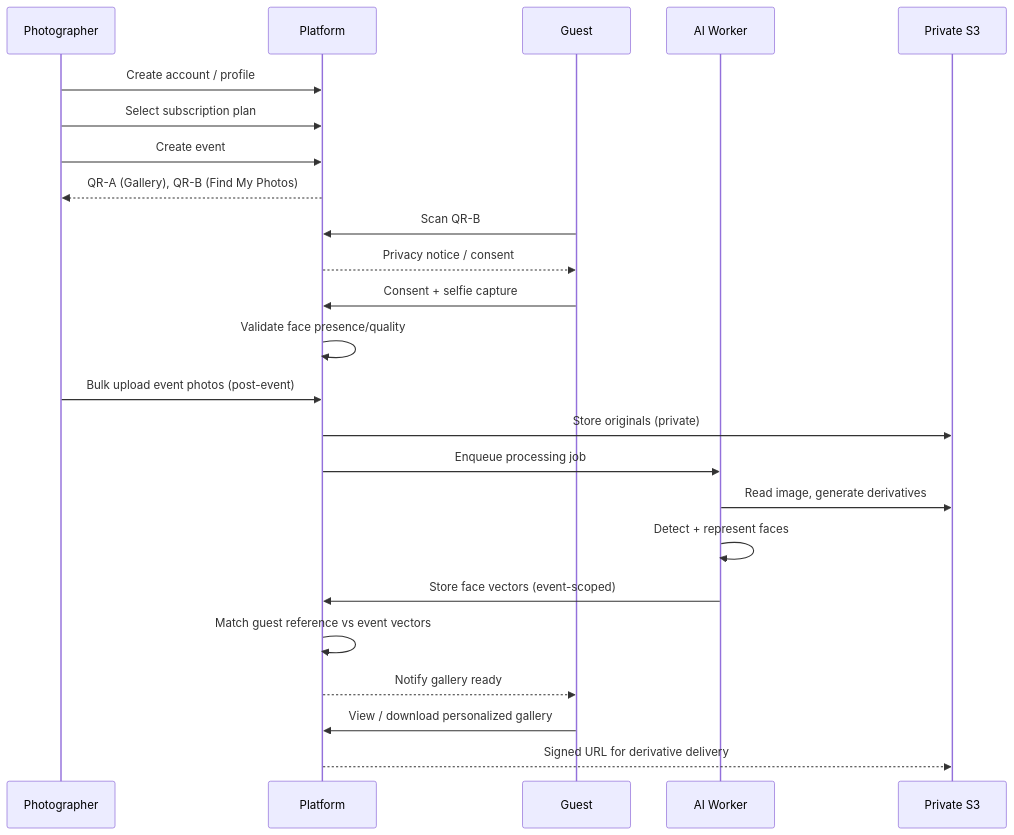
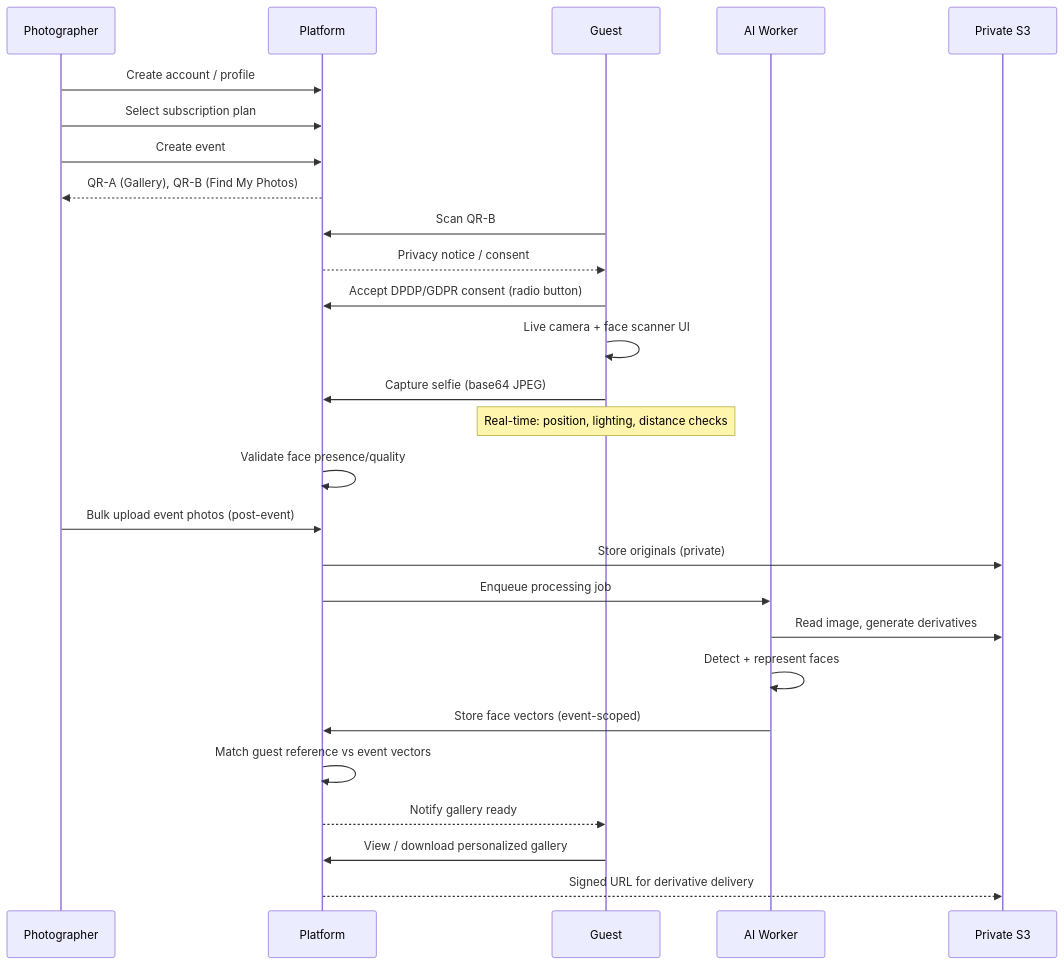
Before and after one commit to IPSayush/big-photofolio: the diagram in PRD.md, drawn with Mermaid. The commit also changed other lines of this file and 2 other files, not shown here.

First line of the commit message:
docs: update PRD, explanation, AGENTS with new QR-B guest flow

````diff
--- a/PRD.md
+++ b/PRD.md
@@ -198,27 +198,30 @@
 ```mermaid
 sequenceDiagram
     participant P as Photographer
     participant S as Platform
     participant G as Guest
     participant W as AI Worker
     participant S3 as Private S3
 
     P->>S: Create account / profile
     P->>S: Select subscription plan
     P->>S: Create event
     S-->>P: QR-A (Gallery), QR-B (Find My Photos)
     G->>S: Scan QR-B
     S-->>G: Privacy notice / consent
-    G->>S: Consent + selfie capture
+    G->>S: Accept DPDP/GDPR consent (radio button)
+    G->>G: Live camera + face scanner UI
+    G->>S: Capture selfie (base64 JPEG)
+    Note over G: Real-time: position, lighting, distance checks
     S->>S: Validate face presence/quality
     P->>S: Bulk upload event photos (post-event)
     S->>S3: Store originals (private)
     S->>W: Enqueue processing job
     W->>S3: Read image, generate derivatives
     W->>W: Detect + represent faces
     W->>S: Store face vectors (event-scoped)
     S->>S: Match guest reference vs event vectors
     S-->>G: Notify gallery ready
     G->>S: View / download personalized gallery
     S-->>S3: Signed URL for derivative delivery
 ```
````
